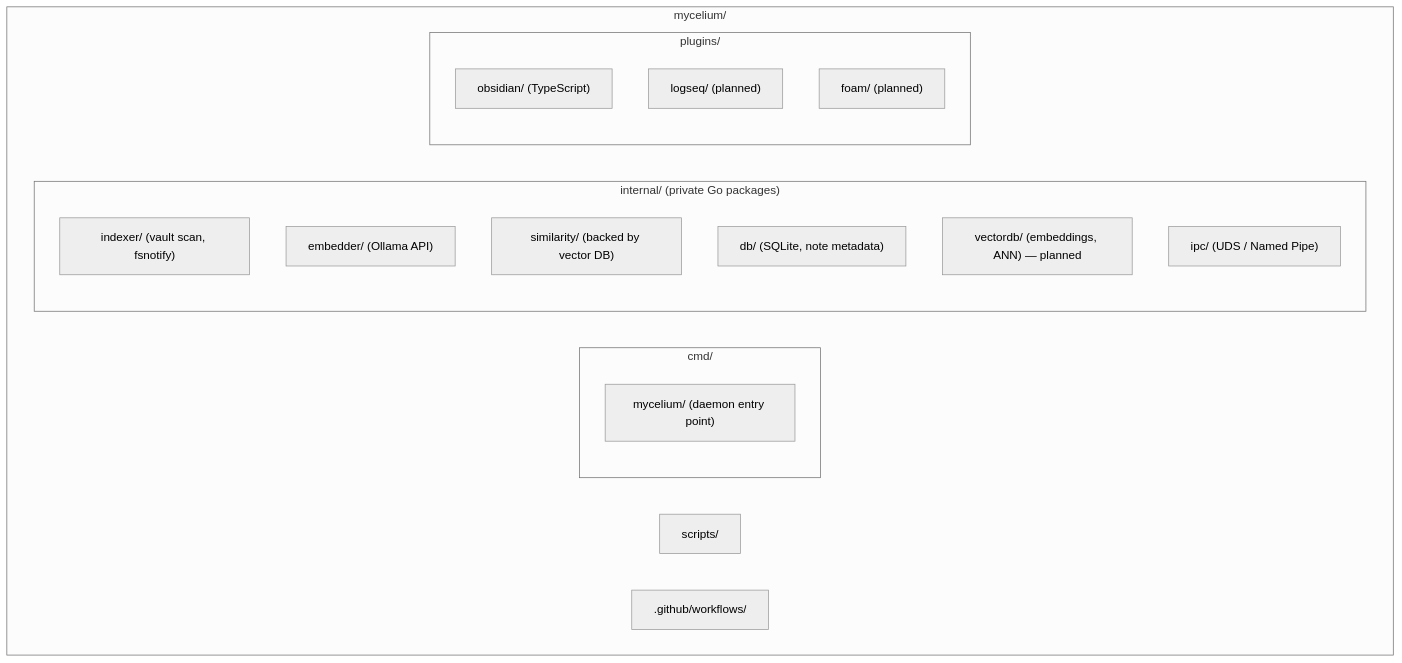
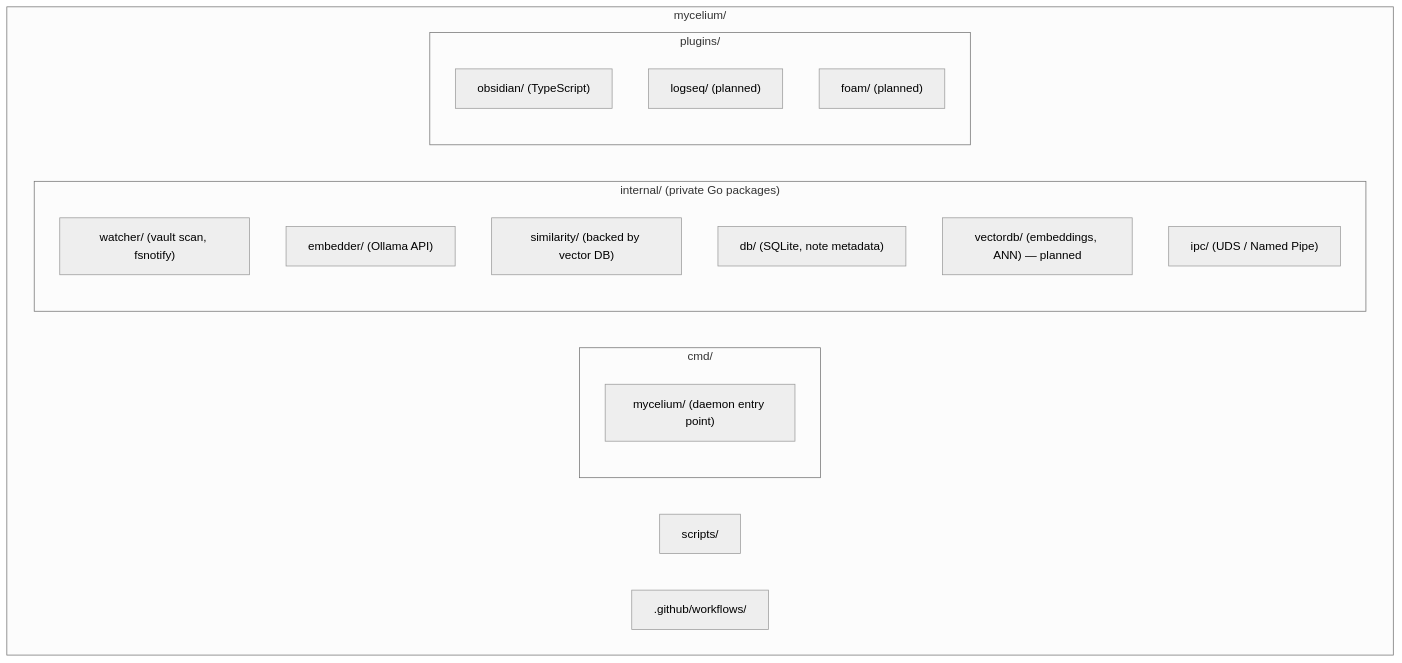
Before and after one commit to GyeongHoKim/mycelium: the second of 5 diagrams in README.md, drawn with Mermaid (neutral theme). The commit also changed 2 other files, not shown here.

Commit message:
chore: change package name

````diff
--- a/README.md
+++ b/README.md
@@ -202,23 +202,23 @@
 ```mermaid
 flowchart TB
   subgraph mycelium["mycelium/"]
     subgraph cmd["cmd/"]
       main["mycelium/ (daemon entry point)"]
     end
     subgraph internal["internal/ (private Go packages)"]
-      indexer["indexer/ (vault scan, fsnotify)"]
+      watcher["watcher/ (vault scan, fsnotify)"]
       embedder["embedder/ (Ollama API)"]
       similarity["similarity/ (backed by vector DB)"]
       db["db/ (SQLite, note metadata)"]
       vectordb["vectordb/ (embeddings, ANN) — planned"]
       ipc["ipc/ (UDS / Named Pipe)"]
     end
     subgraph plugins["plugins/"]
       obsidian["obsidian/ (TypeScript)"]
       logseq["logseq/ (planned)"]
       foam["foam/ (planned)"]
     end
     scripts["scripts/"]
     workflows[".github/workflows/"]
   end
 ```
````
